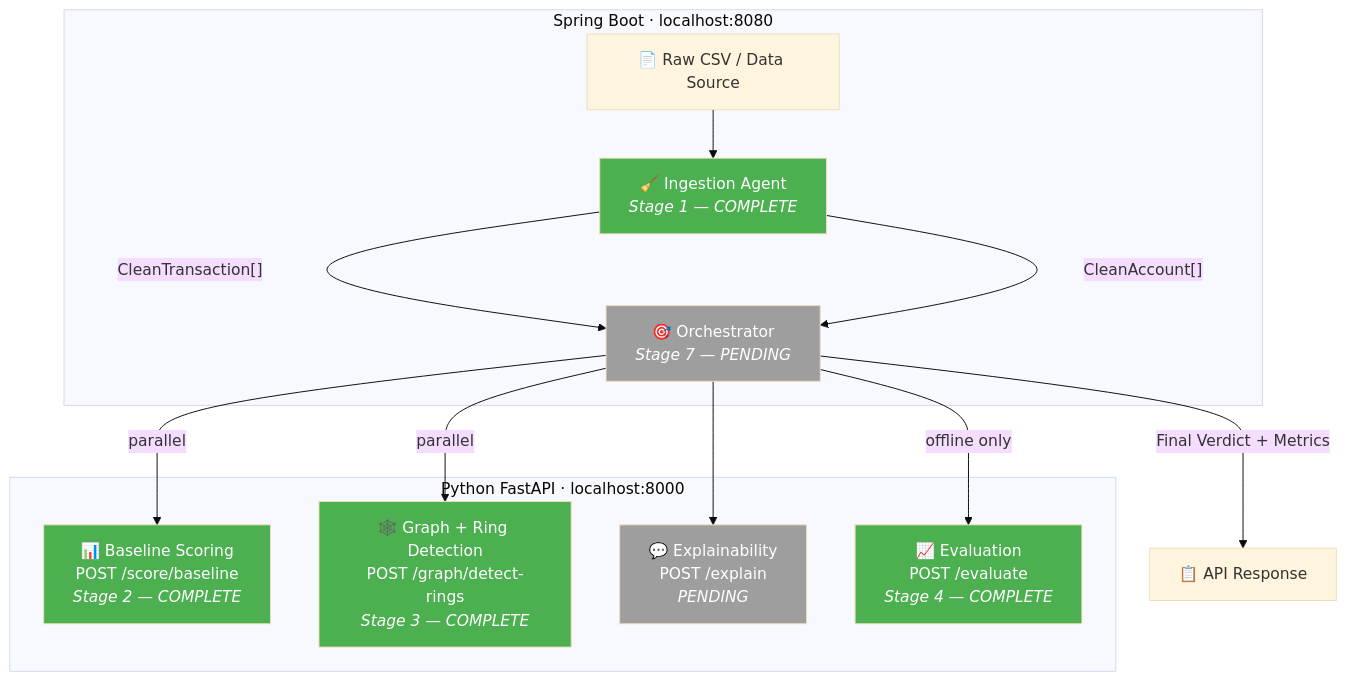
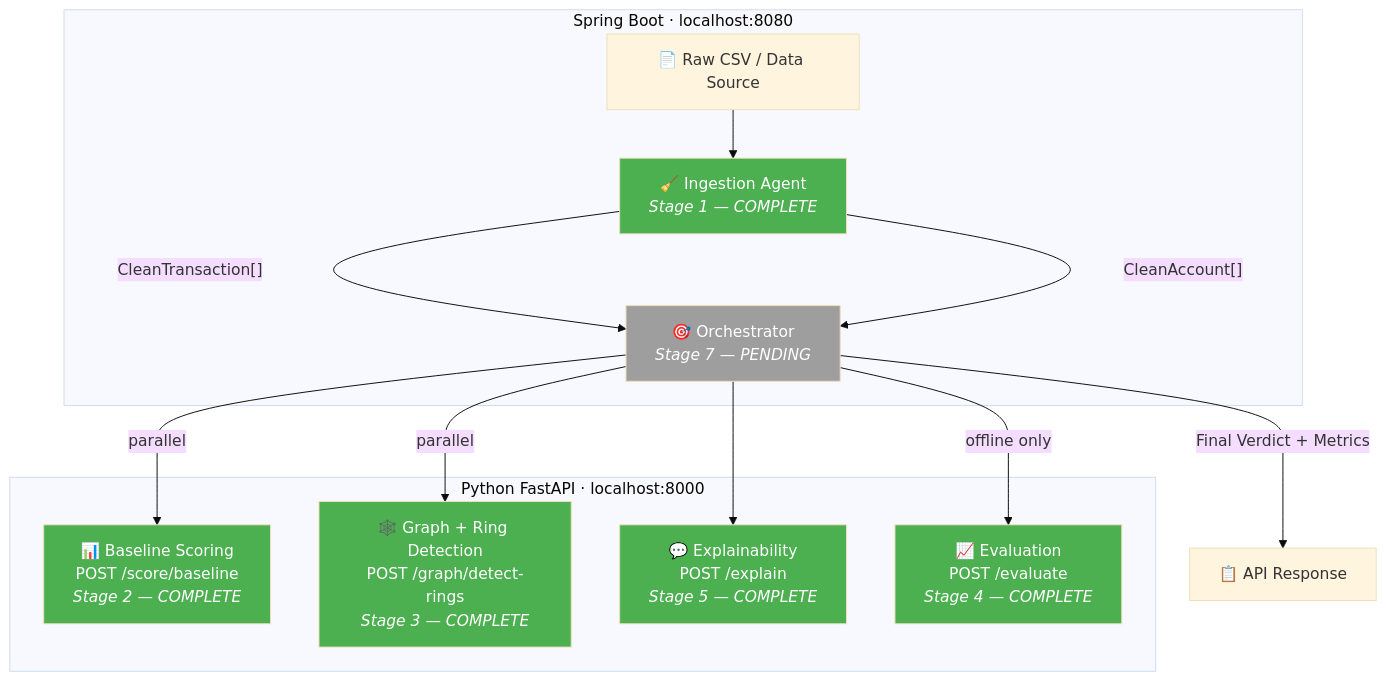
The diagram in PROJECT_SYNOPSIS.md (mdyusuf0/AI-Risk-Manager), drawn with Mermaid (base theme) before and after one commit. The commit also changed other lines of this file and 6 other files, not shown here.

Commit message:
Stage 5: Add Explainability Agent — POST /explain with 10 tests passing

````diff
--- a/PROJECT_SYNOPSIS.md
+++ b/PROJECT_SYNOPSIS.md
@@ -27,31 +27,31 @@
 ```mermaid
 graph TB
     subgraph "Spring Boot · localhost:8080"
         CSV["📄 Raw CSV / Data Source"]
         IA["🧹 Ingestion Agent<br/><i>Stage 1 — COMPLETE</i>"]
         ORCH["🎯 Orchestrator<br/><i>Stage 7 — PENDING</i>"]
     end
 
     subgraph "Python FastAPI · localhost:8000"
         BS["📊 Baseline Scoring<br/>POST /score/baseline<br/><i>Stage 2 — COMPLETE</i>"]
         GR["🕸️ Graph + Ring Detection<br/>POST /graph/detect-rings<br/><i>Stage 3 — COMPLETE</i>"]
-        EX["💬 Explainability<br/>POST /explain<br/><i>PENDING</i>"]
+        EX["💬 Explainability<br/>POST /explain<br/><i>Stage 5 — COMPLETE</i>"]
         EV["📈 Evaluation<br/>POST /evaluate<br/><i>Stage 4 — COMPLETE</i>"]
     end
 
     CSV --> IA
     IA -->|"CleanTransaction[]"| ORCH
     IA -->|"CleanAccount[]"| ORCH
     ORCH -->|"parallel"| BS
     ORCH -->|"parallel"| GR
     ORCH --> EX
     ORCH -->|"offline only"| EV
     ORCH -->|"Final Verdict + Metrics"| OUTPUT["📋 API Response"]
 
     style IA fill:#4caf50,color:#fff
     style ORCH fill:#9e9e9e,color:#fff
     style BS fill:#4caf50,color:#fff
     style GR fill:#4caf50,color:#fff
-    style EX fill:#9e9e9e,color:#fff
+    style EX fill:#4caf50,color:#fff
     style EV fill:#4caf50,color:#fff
 ```
````
